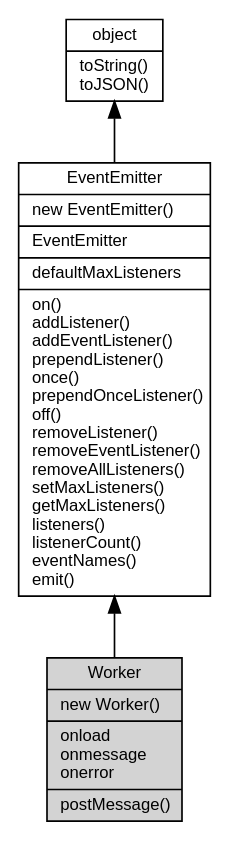
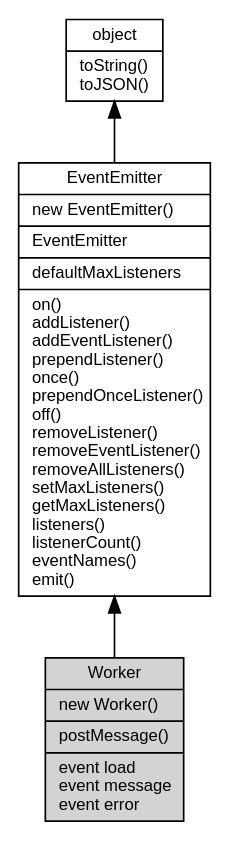
One commit to fibjs/fibjs.org changed the diagram in docs/manual/object/ifs/Worker.md. Above: the diagram before and after it, drawn with Graphviz. The commit also changed other lines of this file and 63 other files, not shown here.

````diff
--- a/docs/manual/object/ifs/Worker.md
+++ b/docs/manual/object/ifs/Worker.md
@@ -73,12 +73,12 @@
 ```dot
 digraph {
     node [fontname="Helvetica,sans-Serif", fontsize=10, shape="record", style="filled", fillcolor="white"];
 
     object [tooltip="object", URL="object.md", label="{object|toString()\ltoJSON()\l}"];
     EventEmitter [tooltip="EventEmitter", URL="EventEmitter.md", label="{EventEmitter|new EventEmitter()\l|EventEmitter\l|defaultMaxListeners\l|on()\laddListener()\laddEventListener()\lprependListener()\lonce()\lprependOnceListener()\loff()\lremoveListener()\lremoveEventListener()\lremoveAllListeners()\lsetMaxListeners()\lgetMaxListeners()\llisteners()\llistenerCount()\leventNames()\lemit()\l}"];
-    Worker [tooltip="Worker", fillcolor="lightgray", id="me", label="{Worker|new Worker()\l|onload\lonmessage\lonerror\l|postMessage()\l}"];
+    Worker [tooltip="Worker", fillcolor="lightgray", id="me", label="{Worker|new Worker()\l|postMessage()\l|event load\levent message\levent error\l}"];
 
     object -> EventEmitter [dir=back];
     EventEmitter -> Worker [dir=back];
 }
 ```
````
